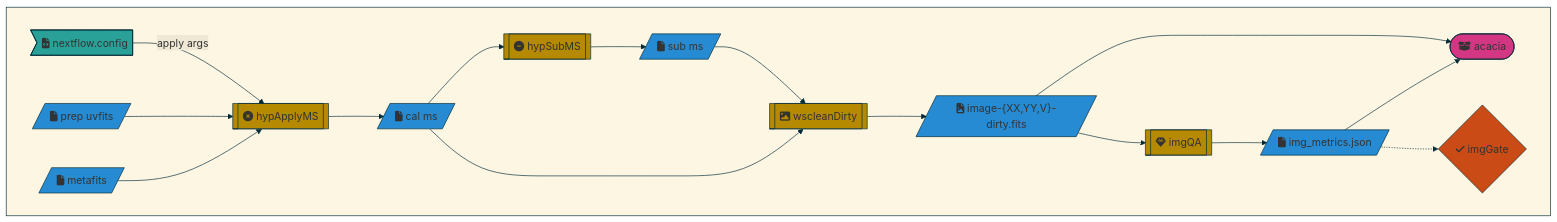
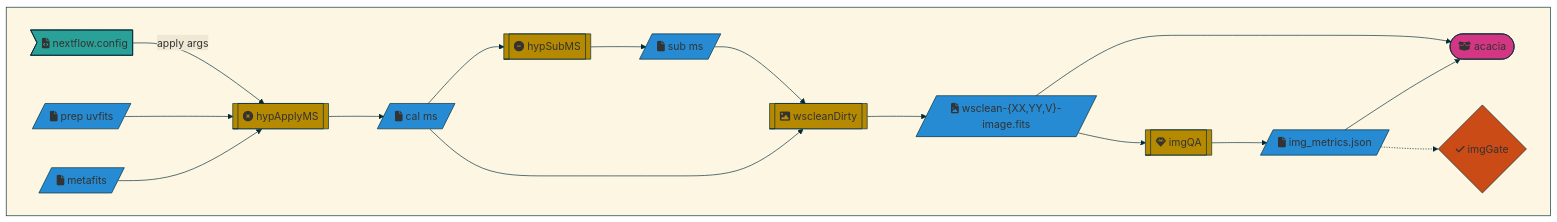
One commit to MWATelescope/MWAEoR-Pipeline changed the fifth of 6 diagrams in README.md. Above: the diagram before and after it, drawn with Mermaid. The commit also changed other lines of this file, not shown here.

````diff
--- a/README.md
+++ b/README.md
@@ -166,32 +166,32 @@
 ```mermaid
 %%{init:{'theme':'base','themeVariables':{'primaryBorderColor':'#002b36','secondaryColor':'#eee8d5','tertiaryColor':'#fdf6e3','tertiaryBorderColor':'#002b36','lineColor':'#002b36','textColor':'#002b36'}}}%%
 graph TD;
   classDef in fill:#2aa198;
   classDef out fill:#d33682;
   classDef file fill:#268bd2;
   classDef proc fill:#b58900;
   classDef decision fill:#cb4b16;
 
   subgraph " "
     metafits & prepUVFits --> hypApplyMS --> calMS --> hypSubMS --> subMS
-    calMS & subMS --> wscleanDirty --> imgDirty --> imgQA --> imgMetricsJson
-    imgMetricsJson & imgDirty --> acaciaImg
+    calMS & subMS --> wscleanDirty --> imgDConv --> imgQA --> imgMetricsJson
+    imgMetricsJson & imgDConv --> acaciaImg
     imgMetricsJson -.-> imgGate
     nfConfig --"apply args"--> hypApplyMS
 
     nfConfig>fa:fa-file-code nextflow.config ]; class nfConfig in
     metafits[/fa:fa-file metafits /]; class metafits file
     prepUVFits[/fa:fa-file prep uvfits /]; class prepUVFits file
     calMS[/fa:fa-file cal ms /]; class calMS file
     hypApplyMS[[fa:fa-times-circle hypApplyMS ]]; class hypApplyMS proc
     subMS[/fa:fa-file sub ms /]; class subMS file
     hypSubMS[[fa:fa-minus-circle hypSubMS ]]; class hypSubMS proc
-    imgDirty[/"fa:fa-file-image image-{XX,YY,V}-dirty.fits "/]; class imgDirty file
+    imgDConv[/"fa:fa-file-image wsclean-{XX,YY,V}-image.fits "/]; class imgDConv file
     wscleanDirty[[fa:fa-image wscleanDirty ]]; class wscleanDirty proc
     imgMetricsJson[/fa:fa-file img_metrics.json /]; class imgMetricsJson file
     imgQA[[fa:fa-gem imgQA]]; class imgQA proc;
     acaciaImg([fa:fa-box-open acacia]); class acaciaImg out
     imgGate{fa:fa-check imgGate }; class imgGate decision;
 
   end
 ```
````
